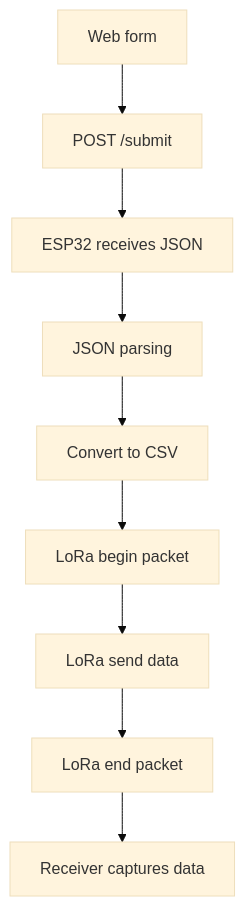
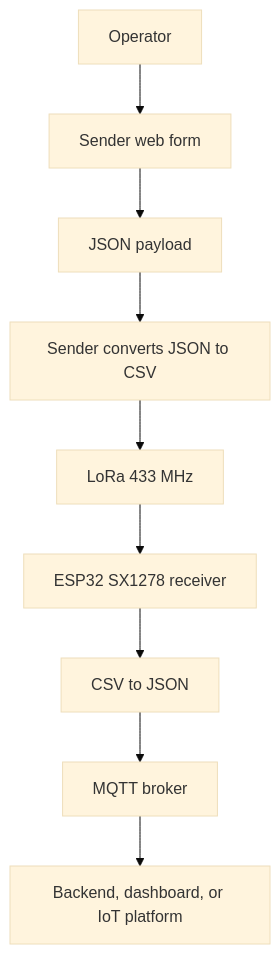
The diagram in README.md (kchauxs/Esp32-Heltec-LoRa-Senser), drawn with Mermaid (base theme) before and after one commit. The commit also changed other lines of this file, not shown here.

Commit message:
docs: update README.md for clarity and additional details on sender and receiver functionality

````diff
--- a/README.md
+++ b/README.md
@@ -45,11 +46,11 @@
 ```mermaid
 flowchart TD
-    A[Web form] --> B[POST /submit]
-    B --> C[ESP32 receives JSON]
-    C --> D[JSON parsing]
-    D --> E[Convert to CSV]
-    E --> F[LoRa begin packet]
-    F --> G[LoRa send data]
-    G --> H[LoRa end packet]
-    H --> I[Receiver captures data]
+  A[Operator] --> B[Sender web form]
+  B --> C[JSON payload]
+  C --> D[Sender converts JSON to CSV]
+  D --> E[LoRa 433 MHz]
+  E --> F[ESP32 SX1278 receiver]
+  F --> G[CSV to JSON]
+  G --> H[MQTT broker]
+  H --> I[Backend, dashboard, or IoT platform]
 ```
````
